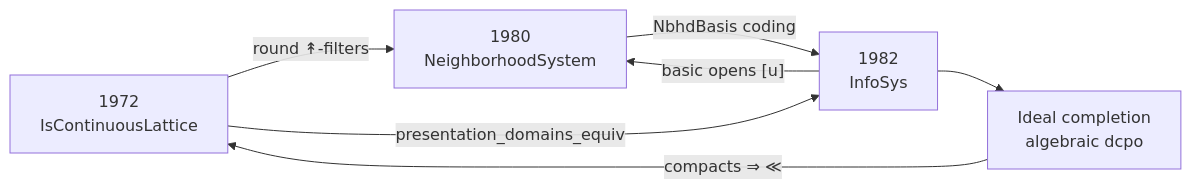
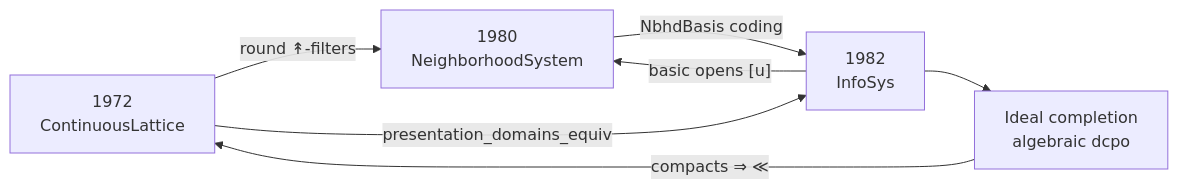
The diagram in DomainTheory/BridgeTheorems/BridgeTheorems_Introduction.md (catskillsresearch/DomainTheory), drawn with Mermaid before and after one commit. The commit also changed other lines of this file and 534 other files, not shown here.

````diff
--- a/DomainTheory/BridgeTheorems/BridgeTheorems_Introduction.md
+++ b/DomainTheory/BridgeTheorems/BridgeTheorems_Introduction.md
@@ -25,14 +25,14 @@
 ```mermaid
 flowchart LR
-  CL["1972<br/>IsContinuousLattice"]
+  CL["1972<br/>ContinuousLattice"]
   NB["1980<br/>NeighborhoodSystem"]
   INF["1982<br/>InfoSys"]
   ALG["Ideal completion<br/>algebraic dcpo"]
 
   CL -->|"round ↟-filters"| NB
   NB -->|"NbhdBasis coding"| INF
   INF -->|"basic opens [u]"| NB
   INF --> ALG
   ALG -->|"compacts ⇒ ≪"| CL
   CL -->|"presentation_domains_equiv"| INF
 ```
````
